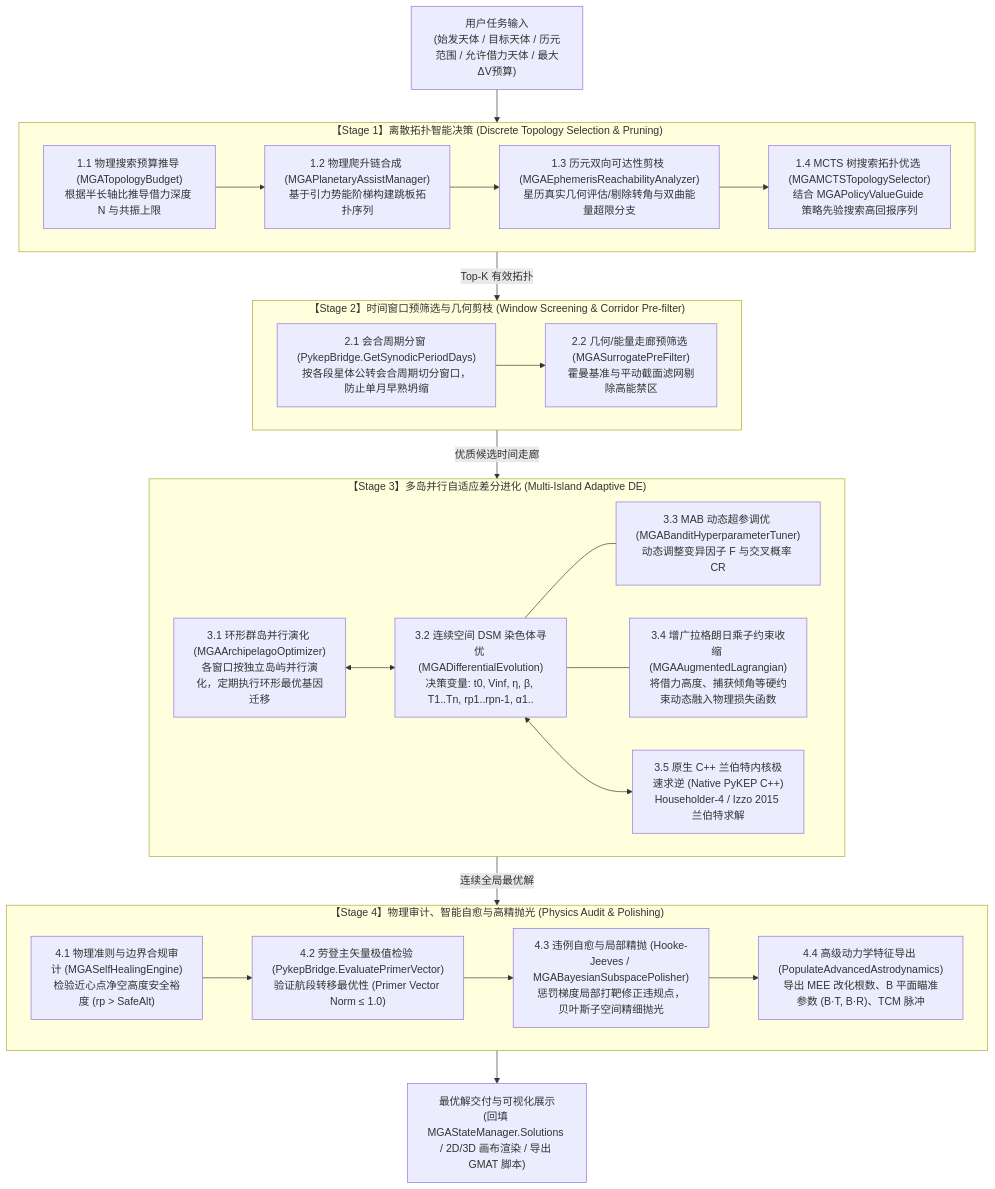
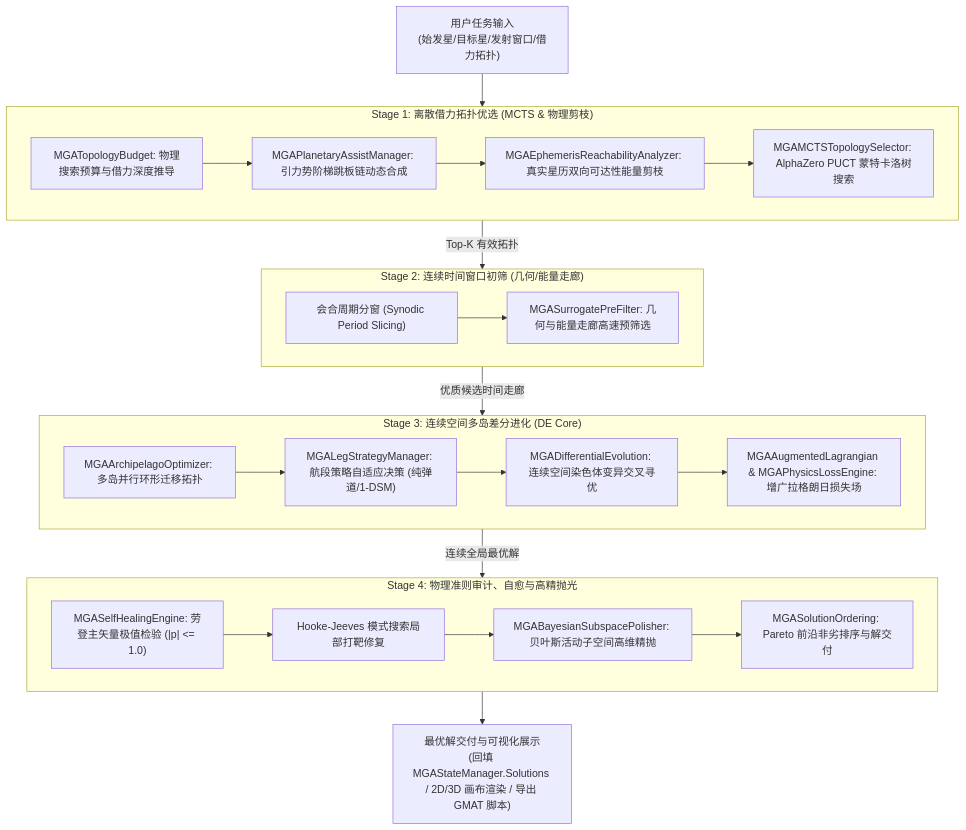
Before and after one commit to DiaoDaiaChan/KSP_GMAT: the fifth of 8 diagrams in docs/CODEBASE_ARCHITECTURE_MINDMAP.md, drawn with Mermaid. The commit also changed other lines of this file and 2 other files, not shown here.

Commit message:
docs(arch): 同步全景代码库脑图与MGA模块实现规范文档

````diff
--- a/docs/CODEBASE_ARCHITECTURE_MINDMAP.md
+++ b/docs/CODEBASE_ARCHITECTURE_MINDMAP.md
@@ -1096,50 +1132,42 @@
 ```mermaid
-flowchart TD
-    User_Input["用户任务输入\n(始发天体 / 目标天体 / 历元范围 / 允许借力天体 / 最大ΔV预算)"]
+graph TD
+    User_Input["用户任务输入\n(始发星/目标星/发射窗口/借力拓扑)"]
     
-    subgraph Stage1 ["【Stage 1】离散拓扑智能决策 (Discrete Topology Selection & Pruning)"]
-        S1_1["1.1 物理搜索预算推导 (MGATopologyBudget)\n根据半长轴比推导借力深度 N 与共振上限"]
-        S1_2["1.2 物理爬升链合成 (MGAPlanetaryAssistManager)\n基于引力势能阶梯构建跳板拓扑序列"]
-        S1_3["1.3 历元双向可达性剪枝 (MGAEphemerisReachabilityAnalyzer)\n星历真实几何评估/剔除转角与双曲能量超限分支"]
-        S1_4["1.4 MCTS 树搜索拓扑优选 (MGAMCTSTopologySelector)\n结合 MGAPolicyValueGuide 策略先验搜索高回报序列"]
-        
+    subgraph Stage1 ["Stage 1: 离散借力拓扑优选 (MCTS & 物理剪枝)"]
+        S1_1["MGATopologyBudget: 物理搜索预算与借力深度推导"]
+        S1_2["MGAPlanetaryAssistManager: 引力势阶梯跳板链动态合成"]
+        S1_3["MGAEphemerisReachabilityAnalyzer: 真实星历双向可达性能量剪枝"]
+        S1_4["MGAMCTSTopologySelector: AlphaZero PUCT 蒙特卡洛树搜索"]
         S1_1 --> S1_2 --> S1_3 --> S1_4
     end
 
-    subgraph Stage2 ["【Stage 2】时间窗口预筛选与几何剪枝 (Window Screening & Corridor Pre-filter)"]
-        S2_1["2.1 会合周期分窗 (PykepBridge.GetSynodicPeriodDays)\n按各段星体公转会合周期切分窗口，防止单月早熟坍缩"]
-        S2_2["2.2 几何/能量走廊预筛选 (MGASurrogatePreFilter)\n霍曼基准与平动截面滤网剔除高能禁区"]
-        
+    subgraph Stage2 ["Stage 2: 连续时间窗口初筛 (几何/能量走廊)"]
+        S2_1["会合周期分窗 (Synodic Period Slicing)"]
+        S2_2["MGASurrogatePreFilter: 几何与能量走廊高速预筛选"]
         S2_1 --> S2_2
     end
 
-    subgraph Stage3 ["【Stage 3】多岛并行自适应差分进化 (Multi-Island Adaptive DE)"]
-        S3_1["3.1 环形群岛并行演化 (MGAArchipelagoOptimizer)\n各窗口按独立岛屿并行演化，定期执行环形最优基因迁移"]
-        S3_2["3.2 连续空间 DSM 染色体寻优 (MGADifferentialEvolution)\n决策变量: t0, Vinf, η, β, T1..Tn, rp1..rpn-1, α1.."]
-        S3_3["3.3 MAB 动态超参调优 (MGABanditHyperparameterTuner)\n动态调整变异因子 F 与交叉概率 CR"]
-        S3_4["3.4 增广拉格朗日乘子约束收缩 (MGAAugmentedLagrangian)\n将借力高度、捕获倾角等硬约束动态融入物理损失函数"]
-        S3_5["3.5 原生 C++ 兰伯特内核极速求逆 (Native PyKEP C++)\nHouseholder-4 / Izzo 2015 兰伯特求解"]
-        
-        S3_1 <--> S3_2
-        S3_2 --- S3_3
-        S3_2 --- S3_4
-        S3_2 <--> S3_5
+    subgraph Stage3 ["Stage 3: 连续空间多岛差分进化 (DE Core)"]
+        S3_1["MGAArchipelagoOptimizer: 多岛并行环形迁移拓扑"]
+        S3_2["MGALegStrategyManager: 航段策略自适应决策 (纯弹道/1-DSM)"]
+        S3_3["MGADifferentialEvolution: 连续空间染色体变异交叉寻优"]
+        S3_4["MGAAugmentedLagrangian & MGAPhysicsLossEngine: 增广拉格朗日损失场"]
+        S3_1 --> S3_2 --> S3_3 --> S3_4
     end
 
-    subgraph Stage4 ["【Stage 4】物理审计、智能自愈与高精抛光 (Physics Audit & Polishing)"]
-        S4_1["4.1 物理准则与边界合规审计 (MGASelfHealingEngine)\n检验近心点净空高度安全裕度 (rp > SafeAlt)"]
-        S4_2["4.2 劳登主矢量极值检验 (PykepBridge.EvaluatePrimerVector)\n验证航段转移最优性 (Primer Vector Norm ≤ 1.0)"]
-        S4_3["4.3 违例自愈与局部精抛 (Hooke-Jeeves / MGABayesianSubspacePolisher)\n惩罚梯度局部打靶修正违规点，贝叶斯子空间精细抛光"]
-        S4_4["4.4 高级动力学特征导出 (PopulateAdvancedAstrodynamics)\n导出 MEE 改化根数、B 平面瞄准参数 (B·T, B·R)、TCM 脉冲"]
-        
+    subgraph Stage4 ["Stage 4: 物理准则审计、自愈与高精抛光"]
+        S4_1["MGASelfHealingEngine: 劳登主矢量极值检验 (|p| <= 1.0)"]
+        S4_2["Hooke-Jeeves 模式搜索局部打靶修复"]
+        S4_3["MGABayesianSubspacePolisher: 贝叶斯活动子空间高维精抛"]
+        S4_4["MGASolutionOrdering: Pareto 前沿非劣排序与解交付"]
         S4_1 --> S4_2 --> S4_3 --> S4_4
     end
 
     Final_Result["最优解交付与可视化展示\n(回填 MGAStateManager.Solutions / 2D/3D 画布渲染 / 导出 GMAT 脚本)"]
 
     User_Input --> Stage1
     Stage1 -->|"Top-K 有效拓扑"| Stage2
     Stage2 -->|"优质候选时间走廊"| Stage3
     Stage3 -->|"连续全局最优解"| Stage4
     Stage4 --> Final_Result
 ```
````
